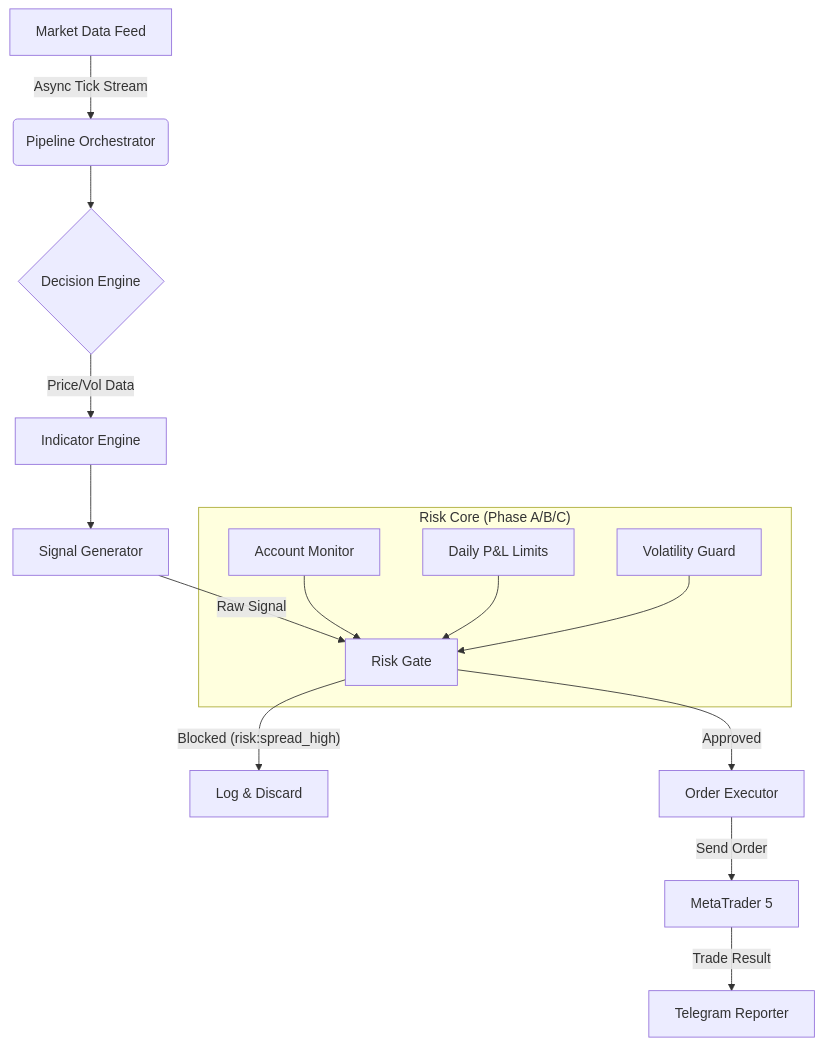
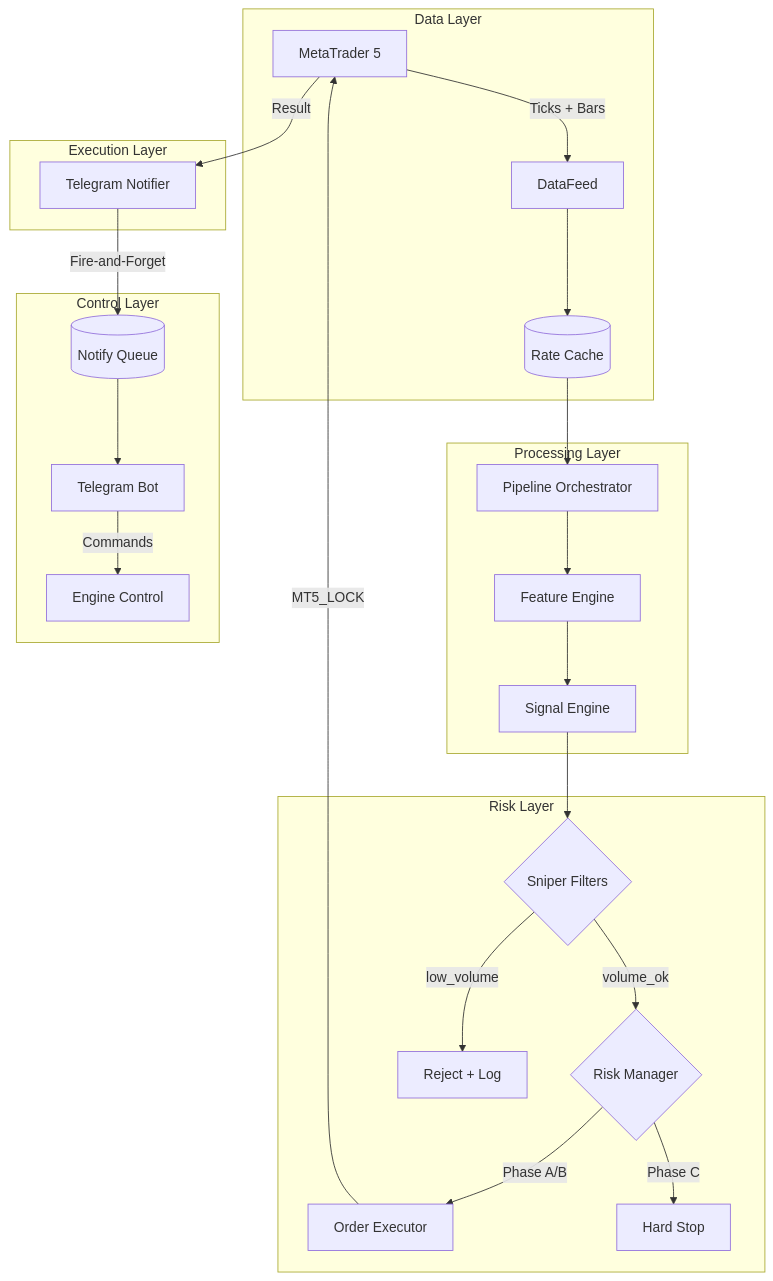
One commit to Kabir0067/Exness changed the diagram in README.md. Above: the diagram before and after it, drawn with Mermaid. The commit also changed other lines of this file and 14 other files, not shown here.

````diff
--- a/README.md
+++ b/README.md
@@ -28,20 +32,32 @@
 ```mermaid
-graph TD
-    A[Market Data Feed] -->|Async Tick Stream| B(Pipeline Orchestrator)
-    B --> C{Decision Engine}
-    C -->|Price/Vol Data| D[Indicator Engine]
-    D --> E[Signal Generator]
-    E -->|Raw Signal| F[Risk Gate]
+graph TB
+    subgraph "Data Layer"
+        MT5[MetaTrader 5] -->|Ticks + Bars| FEED[DataFeed]
+        FEED --> CACHE[(Rate Cache)]
+    end
     
-    F -- Blocked (risk:spread_high) --> G[Log & Discard]
-    F -- Approved --> H[Order Executor]
+    subgraph "Processing Layer"
+        CACHE --> PIPELINE[Pipeline Orchestrator]
+        PIPELINE --> FEATURES[Feature Engine]
+        FEATURES --> SIGNAL[Signal Engine]
+    end
     
-    H -->|Send Order| I[MetaTrader 5]
-    I -->|Trade Result| J[Telegram Reporter]
+    subgraph "Risk Layer"
+        SIGNAL --> SNIPER{Sniper Filters}
+        SNIPER -->|volume_ok| RISK{Risk Manager}
+        SNIPER -->|low_volume| REJECT[Reject + Log]
+        RISK -->|Phase A/B| EXEC[Order Executor]
+        RISK -->|Phase C| BLOCK[Hard Stop]
+    end
     
-    subgraph "Risk Core (Phase A/B/C)"
-    K[Account Monitor] --> F
-    L[Daily P&L Limits] --> F
-    M[Volatility Guard] --> F
+    subgraph "Execution Layer"
+        EXEC -->|MT5_LOCK| MT5
+        MT5 -->|Result| NOTIFY[Telegram Notifier]
+    end
+    
+    subgraph "Control Layer"
+        TG[Telegram Bot] -->|Commands| ENGINE[Engine Control]
+        NOTIFY -->|Fire-and-Forget| QUEUE[(Notify Queue)]
+        QUEUE --> TG
     end
 ```
````
